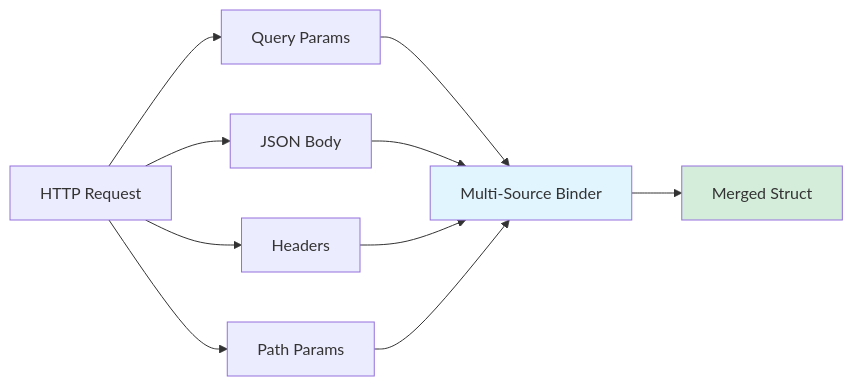
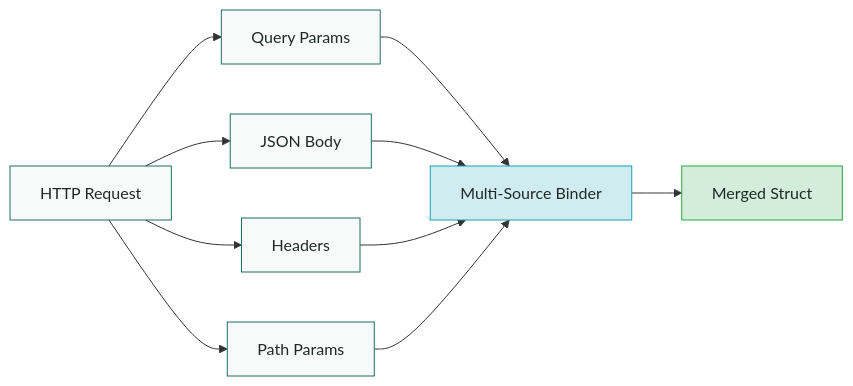
The diagram in content/en/guides/binding/multi-source.md (rivaas-dev/docs), drawn with Mermaid before and after one commit. The commit also changed 32 other files, not shown here.

````diff
--- a/content/en/guides/binding/multi-source.md
+++ b/content/en/guides/binding/multi-source.md
@@ -13,17 +13,18 @@
 ```mermaid
 graph LR
     A[HTTP Request] --> B[Query Params]
     A --> C[JSON Body]
     A --> D[Headers]
     A --> E[Path Params]
     
-    B --> F[Multi-Source Binder]
+    B --> F[Multi-Source Binder]:::info
     C --> F
     D --> F
     E --> F
     
-    F --> G[Merged Struct]
+    F --> G[Merged Struct]:::success
     
-    style F fill:#e1f5ff
-    style G fill:#d4edda
+    classDef default fill:#F8FAF9,stroke:#1E6F5C,color:#1F2A27
+    classDef info fill:#D1ECF1,stroke:#17A2B8,color:#1F2A27
+    classDef success fill:#D4EDDA,stroke:#28A745,color:#1F2A27
 ```
````
